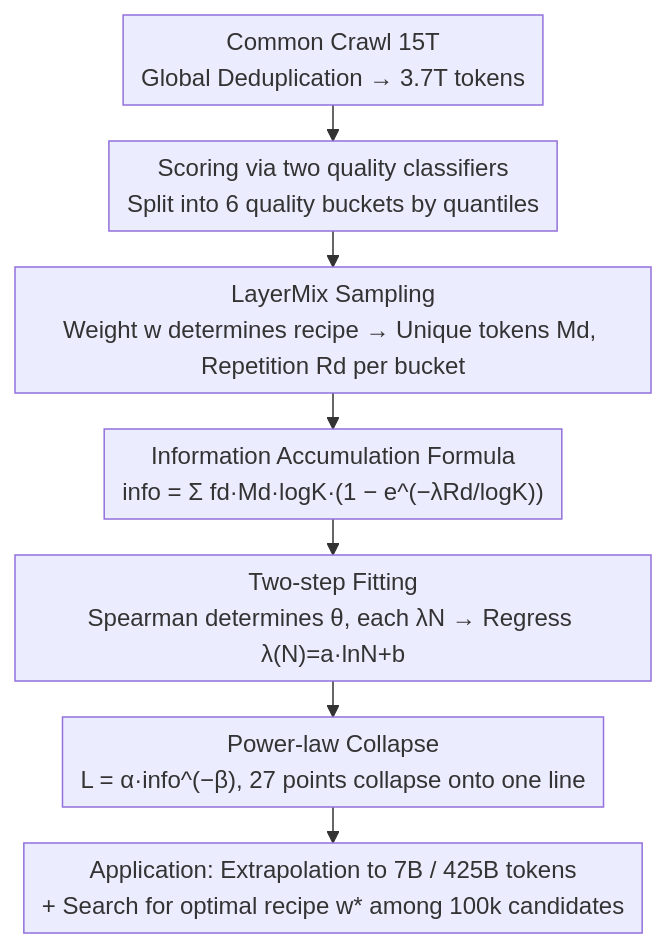
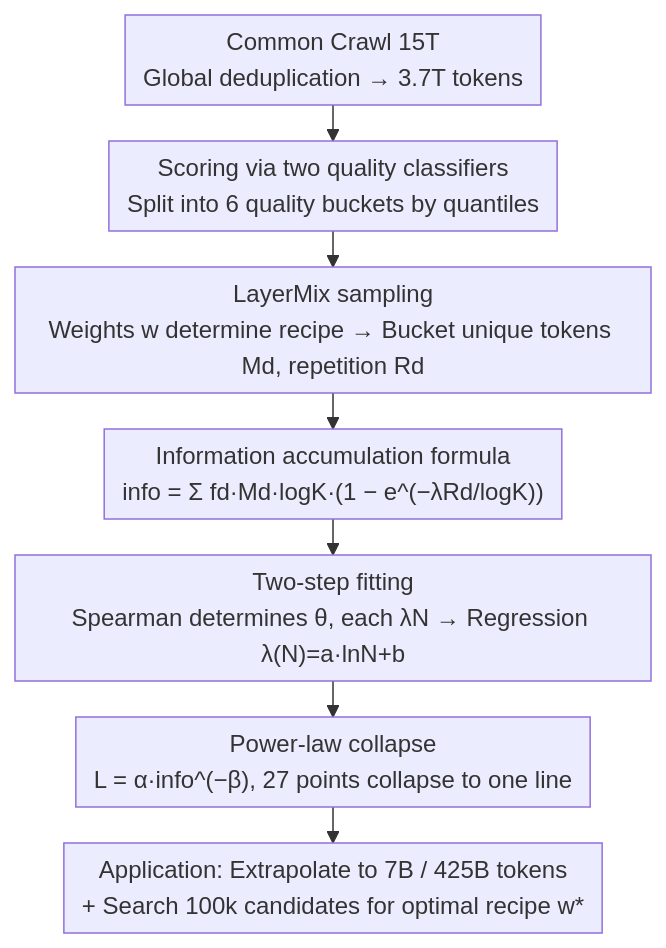
One commit to zhaoyang97/Paper-Notes-en changed the diagram in docs/ICML2026/llm_pretraining/infolaw_information_scaling_laws_for_large_language_models_with_quality-weighted.md. Above: the diagram before and after it, drawn with Mermaid. The commit also changed other lines of this file and 5084 other files, not shown here.

````diff
--- a/docs/ICML2026/llm_pretraining/infolaw_information_scaling_laws_for_large_language_models_with_quality-weighted.md
+++ b/docs/ICML2026/llm_pretraining/infolaw_information_scaling_laws_for_large_language_models_with_quality-weighted.md
@@ -43,11 +43,10 @@
 ```mermaid
 %%{init: {'flowchart': {'rankSpacing': 24, 'nodeSpacing': 28, 'padding': 6, 'wrappingWidth': 400}}}%%
 flowchart TD
-    A["Common Crawl 15T<br/>Global Deduplication → 3.7T tokens"] --> B["Scoring via two quality classifiers<br/>Split into 6 quality buckets by quantiles"]
-    B --> C["LayerMix Sampling<br/>Weight w determines recipe → Unique tokens Md, Repetition Rd per bucket"]
-    C --> D["Information Accumulation Formula<br/>info = Σ fd·Md·logK·(1 − e^(−λRd/logK))"]
-    E["Two-step Fitting<br/>Spearman determines θ, each λN → Regress λ(N)=a·lnN+b"]
-    D --> E
-    E --> F["Power-law Collapse<br/>L = α·info^(−β), 27 points collapse onto one line"]
-    F --> G["Application: Extrapolation to 7B / 425B tokens<br/>+ Search for optimal recipe w* among 100k candidates"]
+    A["Common Crawl 15T<br/>Global deduplication → 3.7T tokens"] --> B["Scoring via two quality classifiers<br/>Split into 6 quality buckets by quantiles"]
+    B --> C["LayerMix sampling<br/>Weights w determine recipe → Bucket unique tokens Md, repetition Rd"]
+    C --> D["Information accumulation formula<br/>info = Σ fd·Md·logK·(1 − e^(−λRd/logK))"]
+    D --> E["Two-step fitting<br/>Spearman determines θ, each λN → Regression λ(N)=a·lnN+b"]
+    E --> F["Power-law collapse<br/>L = α·info^(−β), 27 points collapse to one line"]
+    F --> G["Application: Extrapolate to 7B / 425B tokens<br/>+ Search 100k candidates for optimal recipe w*"]
 ```
````
